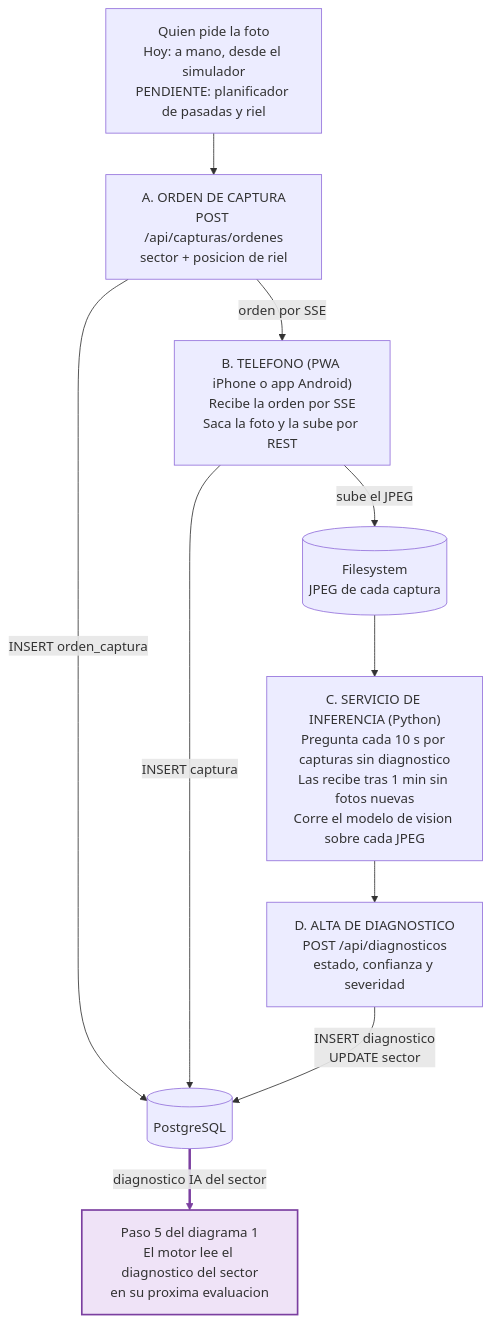
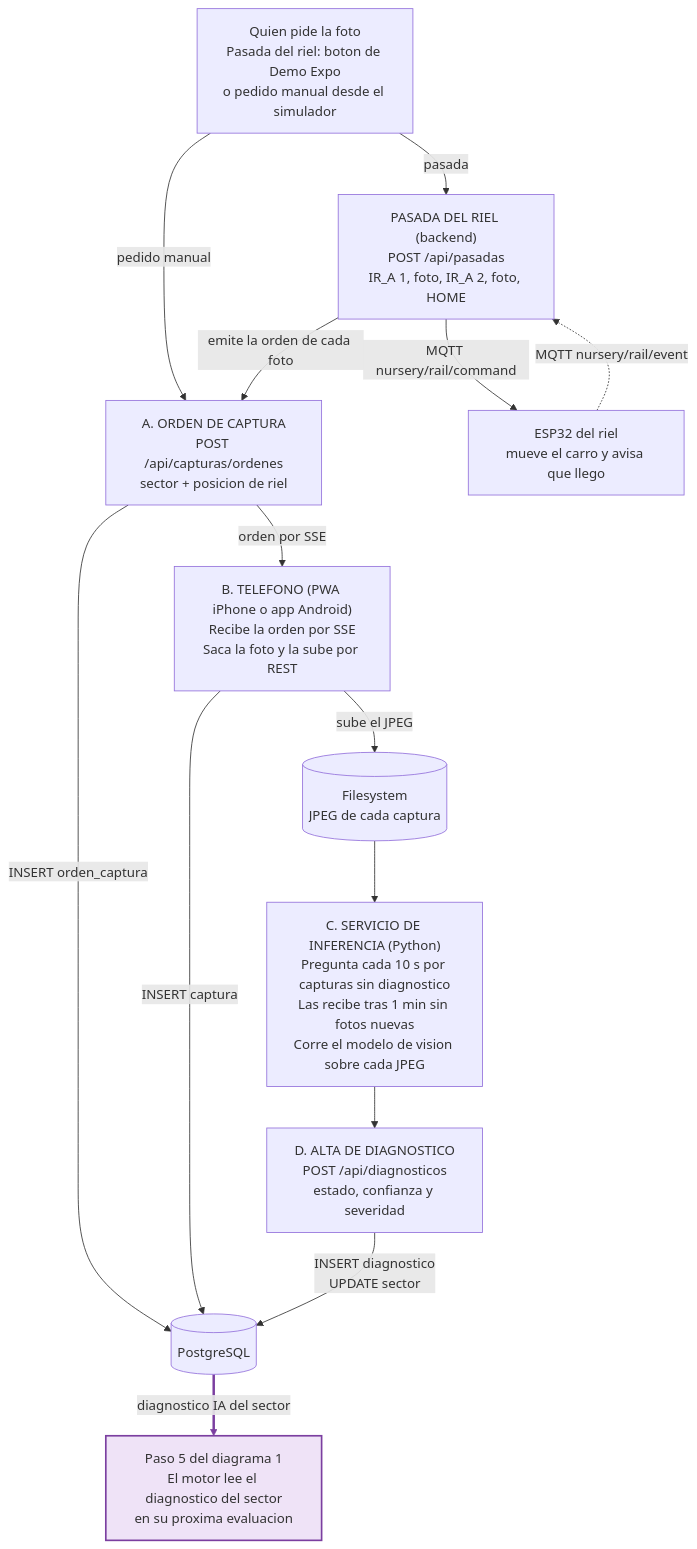
One commit to ssgalo/Yerbanalytics changed the second of 3 diagrams in docs-motor-reglas-e-integracion/circuito-sensado-a-motor.md. Above: the diagram before and after it, drawn with Mermaid. The commit also changed other lines of this file and 7 other files, not shown here.

Commit message:
docs: poner al día la documentación con la pasada del riel, el firmware probado y la segunda ronda del riego

````diff
--- a/docs-motor-reglas-e-integracion/circuito-sensado-a-motor.md
+++ b/docs-motor-reglas-e-integracion/circuito-sensado-a-motor.md
@@ -83,24 +85,30 @@
 ```mermaid
 flowchart TD
-    PIDE["Quien pide la foto<br/>Hoy: a mano, desde el simulador<br/>PENDIENTE: planificador de pasadas y riel"]
+    PIDE["Quien pide la foto<br/>Pasada del riel: boton de Demo Expo<br/>o pedido manual desde el simulador"]
     CA["A. ORDEN DE CAPTURA<br/>POST /api/capturas/ordenes<br/>sector + posicion de riel"]
     CB["B. TELEFONO (PWA iPhone o app Android)<br/>Recibe la orden por SSE<br/>Saca la foto y la sube por REST"]
     FS[("Filesystem<br/>JPEG de cada captura")]
     CC["C. SERVICIO DE INFERENCIA (Python)<br/>Pregunta cada 10 s por capturas sin diagnostico<br/>Las recibe tras 1 min sin fotos nuevas<br/>Corre el modelo de vision sobre cada JPEG"]
     CD["D. ALTA DE DIAGNOSTICO<br/>POST /api/diagnosticos<br/>estado, confianza y severidad"]
     DB[("PostgreSQL")]
     MOTOR["Paso 5 del diagrama 1<br/>El motor lee el diagnostico del sector<br/>en su proxima evaluacion"]
+    PAS["PASADA DEL RIEL (backend)<br/>POST /api/pasadas<br/>IR_A 1, foto, IR_A 2, foto, HOME"]
+    RIEL["ESP32 del riel<br/>mueve el carro y avisa que llego"]
 
-    PIDE --> CA
+    PIDE -- "pedido manual" --> CA
     CA -- "orden por SSE" --> CB
     CB -- "sube el JPEG" --> FS
     FS --> CC
     CC --> CD
     CA -- "INSERT orden_captura" --> DB
     CB -- "INSERT captura" --> DB
     CD -- "INSERT diagnostico<br/>UPDATE sector" --> DB
     DB -- "diagnostico IA del sector" --> MOTOR
+    PIDE -- "pasada" --> PAS
+    PAS -- "emite la orden de cada foto" --> CA
+    PAS -- "MQTT nursery/rail/command" --> RIEL
+    RIEL -. "MQTT nursery/rail/event" .-> PAS
 
     style MOTOR fill:#efe3f7,stroke:#7b3fa0,stroke-width:2px
     linkStyle 8 stroke:#7b3fa0,stroke-width:3px
 ```
````
